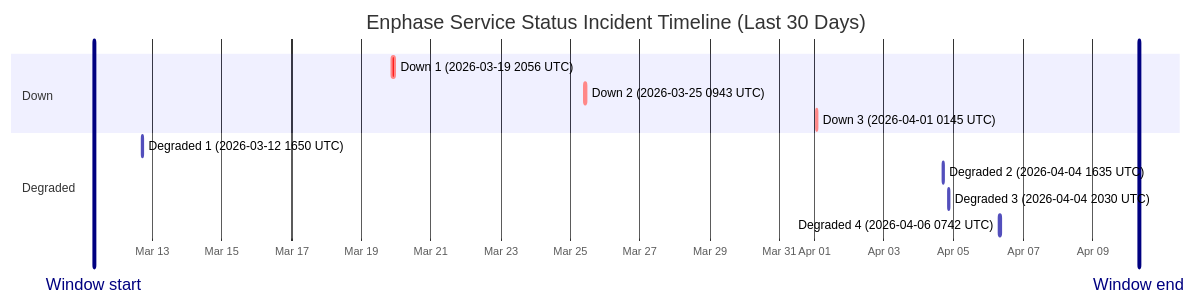
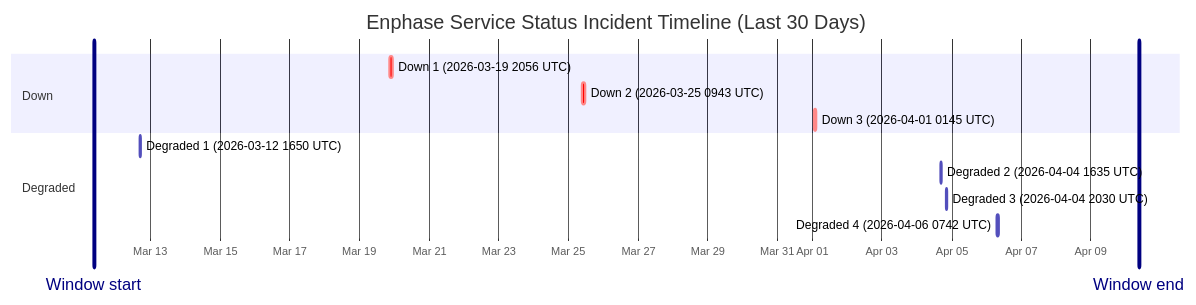
The diagram in wiki/Service-Status-History.md (barneyonline/ha-enphase-ev-charger), drawn with Mermaid before and after one commit. The commit also changed other lines of this file and 3 other files, not shown here.

````diff
--- a/wiki/Service-Status-History.md
+++ b/wiki/Service-Status-History.md
@@ -14,17 +14,17 @@
 ```mermaid
 gantt
     title Enphase Service Status Incident Timeline (Last 30 Days)
     dateFormat  YYYY-MM-DDTHH:mm:ss
     axisFormat  %b %d
-    Window start :vert, window-start, 2026-03-11T07:49:59, 0ms
-    Window end :vert, window-end, 2026-04-10T07:49:59, 0ms
+    Window start :vert, window-start, 2026-03-11T09:08:06, 0ms
+    Window end :vert, window-end, 2026-04-10T09:08:06, 0ms
     section Down
     Down 1 (2026-03-19 2056 UTC) :crit, down-1, 2026-03-19T20:56:20, 145m
     Down 2 (2026-03-25 0943 UTC) :crit, down-2, 2026-03-25T09:43:28, 111m
     Down 3 (2026-04-01 0145 UTC) :crit, down-3, 2026-04-01T01:45:09, 60m
     section Degraded
     Degraded 1 (2026-03-12 1650 UTC) :active, degraded-1, 2026-03-12T16:50:43, 60m
     Degraded 2 (2026-04-04 1635 UTC) :active, degraded-2, 2026-04-04T16:35:17, 60m
     Degraded 3 (2026-04-04 2030 UTC) :active, degraded-3, 2026-04-04T20:30:40, 60m
     Degraded 4 (2026-04-06 0742 UTC) :active, degraded-4, 2026-04-06T07:42:09, 85m
 ```
````
